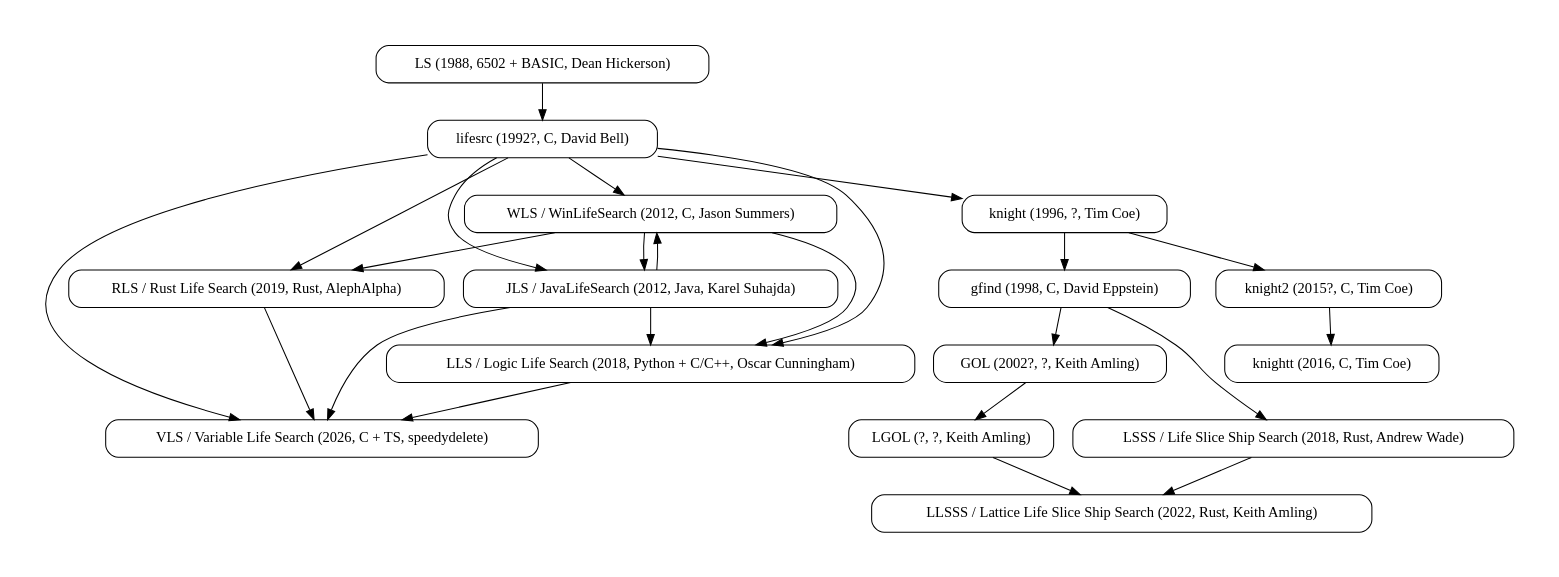
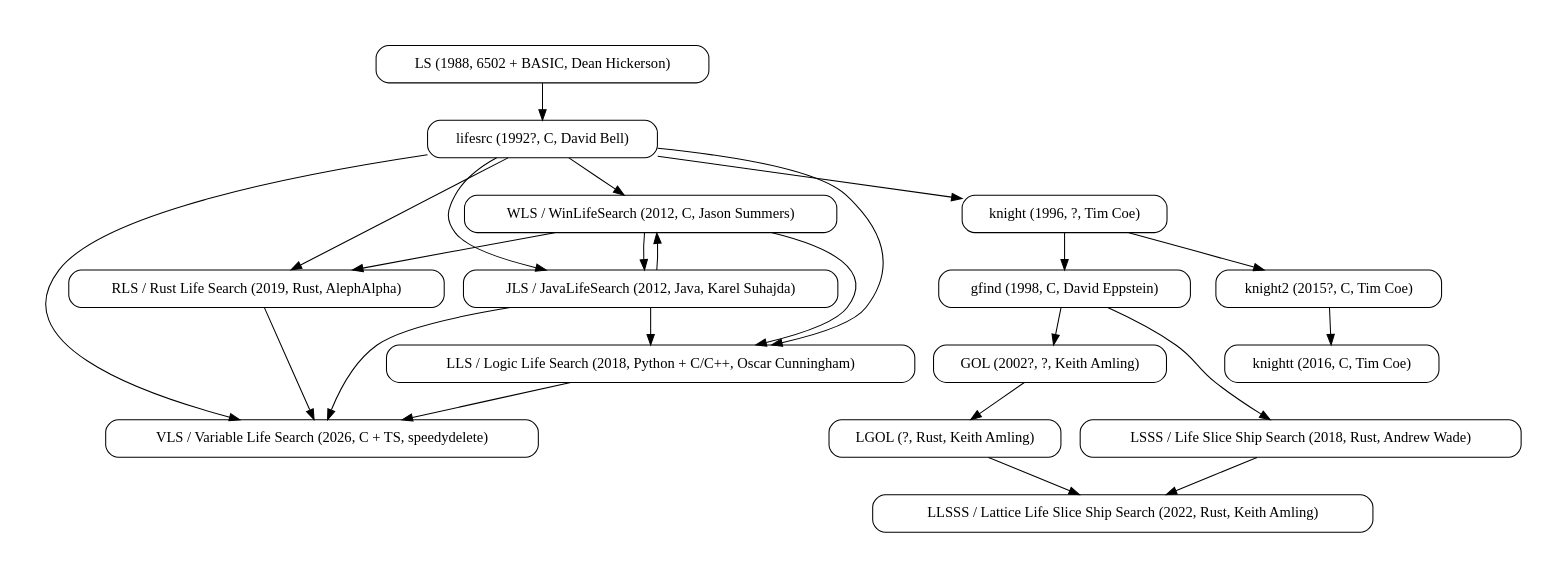
The diagram in search_programs.dot (speedydelete/lifeweb), drawn with Graphviz before and after one commit.

```diff
--- a/search_programs.dot
+++ b/search_programs.dot
@@ -1,53 +1,53 @@
 
 digraph search_programs {
     
     pad = "0.5"
     node [shape = box, style = rounded]
 
     "LS" [label="LS (1988, 6502 + BASIC, Dean Hickerson)", URL="https://github.com/DavidKinder/Xlife/blob/master/Xlife35/source/lifesearch/ORIGIN"]
     "lifesrc" [label="lifesrc (1992?, C, David Bell)", URL="https://github.com/DavidKinder/Xlife/tree/master/Xlife35/source/lifesearch"]
     "WLS" [label="WLS / WinLifeSearch (2012, C, Jason Summers)", URL="https://github.com/jsummers/winlifesearch/"]
     "JLS" [label="JLS / JavaLifeSearch (2012, Java, Karel Suhajda)", URL="https://conwaylife.com/forums/viewtopic.php?f=9&t=990"]
     "LLS" [label="LLS / Logic Life Search (2018, Python + C/C++, Oscar Cunningham)", URL="https://gitlab.com/OscarCunningham/logic-life-search/"]
     "RLS" [label="RLS / Rust Life Search (2019, Rust, AlephAlpha)", URL="https://github.com/AlephAlpha/rlifesrc"]
     "VLS" [label="VLS / Variable Life Search (2026, C + TS, speedydelete)", URL="https://github.com/speedydelete/lifeweb/tree/main/src/vls"]
 
     "LS" -> "lifesrc"
     "lifesrc" -> "WLS"
     "lifesrc" -> "JLS"
     "WLS" -> "JLS"
     "JLS" -> "WLS"
     "lifesrc" -> "LLS"
     "WLS" -> "LLS"
     "JLS" -> "LLS"
     "lifesrc" -> "RLS"
     "WLS" -> "RLS"
     "lifesrc" -> "VLS"
     "JLS" -> "VLS"
     "LLS" -> "VLS"
     "RLS" -> "VLS"
 
     "knight" [label="knight (1996, ?, Tim Coe)", URL="https://arxiv.org/pdf/cs/0004003"]
     "knight2" [label="knight2 (2015?, C, Tim Coe)", URL="https://conwaylife.com/forums/viewtopic.php?t=1969"]
     "knightt" [label="knightt (2016, C, Tim Coe)", URL="https://conwaylife.com/forums/viewtopic.php?p=28891#p28891"]
 
     "lifesrc" -> "knight"
     "knight" -> "knight2"
     "knight2" -> "knightt"
 
     "gfind" [label="gfind (1998, C, David Eppstein)", URL="https://ics.uci.edu/~eppstein/ca/gfind.c"]
 
     "knight" -> "gfind"
 
     "GOL" [label="GOL (2002?, ?, Keith Amling)", URL="https://conwaylife.com/forums/viewtopic.php?p=145090#p145090"]
-    "LGOL" [label="LGOL (?, ?, Keith Amling)", URL="https://conwaylife.com/forums/viewtopic.php?p=145091#p145091"]
+    "LGOL" [label="LGOL (?, Rust, Keith Amling)", URL="https://conwaylife.com/forums/viewtopic.php?p=145091#p145091"]
     "LSSS" [label="LSSS / Life Slice Ship Search (2018, Rust, Andrew Wade)", URL="https://codeberg.org/ajwade/life_slice_ship_search"]
     "LLSSS" [label="LLSSS / Lattice Life Slice Ship Search (2022, Rust, Keith Amling)", URL="https://codeberg.org/amling/rlife/"]
 
     "gfind" -> "GOL"
     "GOL" -> "LGOL"
     "gfind" -> "LSSS"
     "LGOL" -> "LLSSS"
     "LSSS" -> "LLSSS"
 
 }
```
